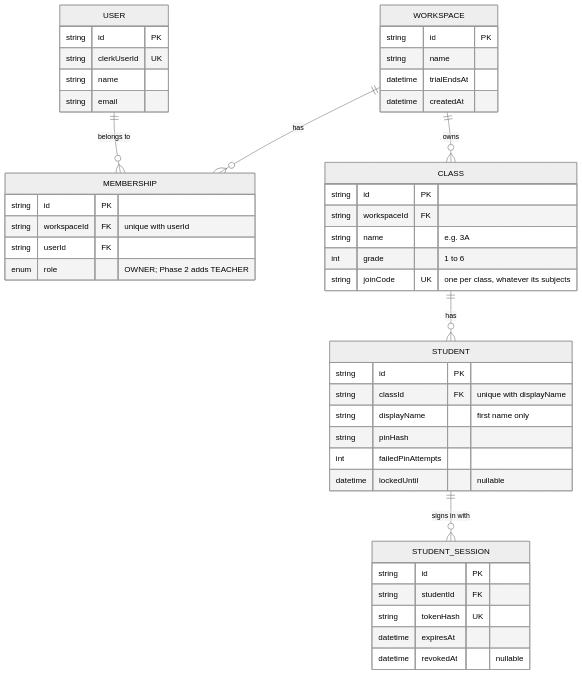
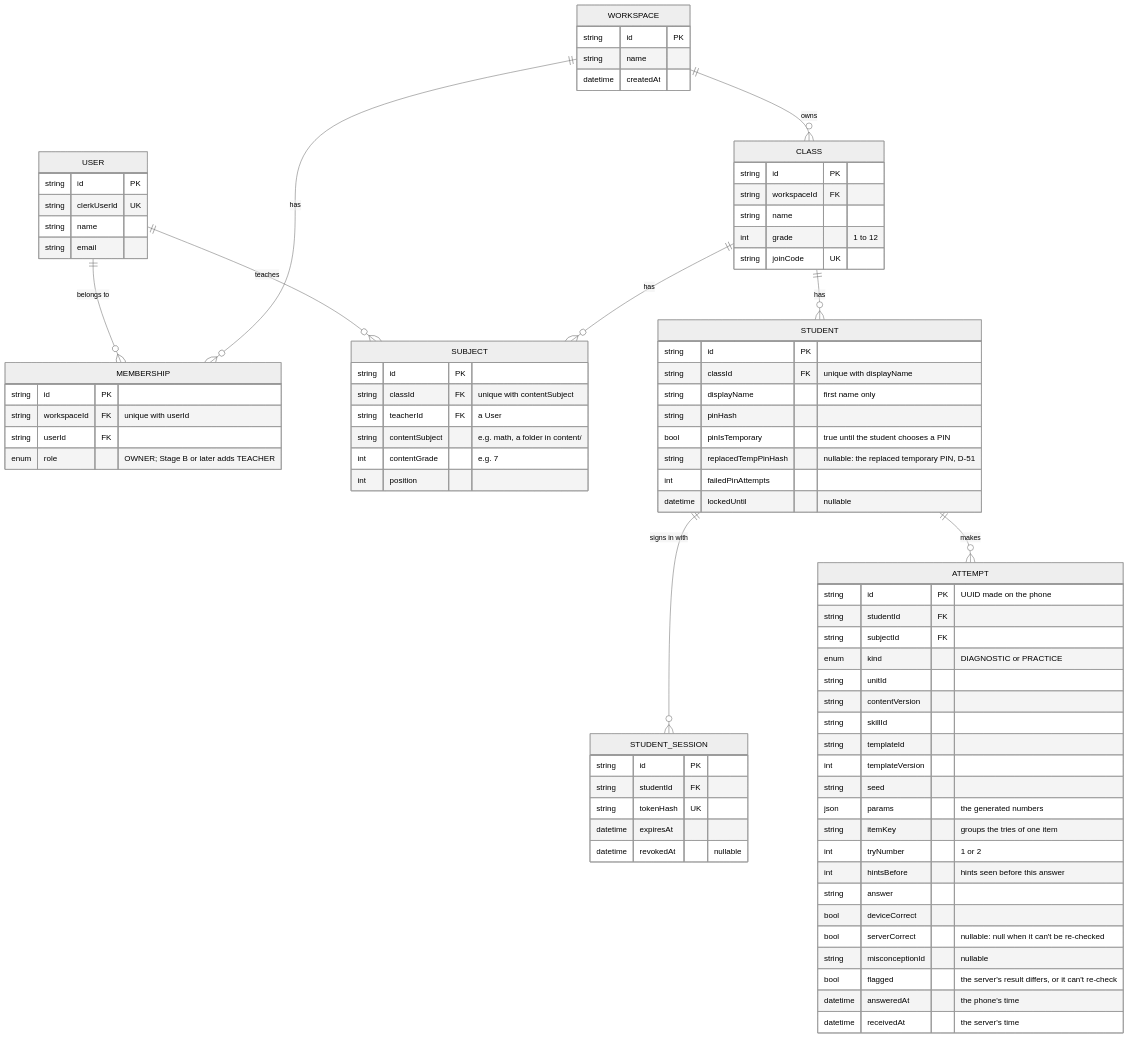
The second of 2 diagrams in docs/plan/02-architecture.md (Majed-RO/darsi), drawn with Mermaid (neutral theme) before and after one commit. The commit also changed other lines of this file and 9 other files, not shown here.

````diff
--- a/docs/plan/02-architecture.md
+++ b/docs/plan/02-architecture.md
@@ -121,8 +127,11 @@
   USER ||--o{ MEMBERSHIP : "belongs to"
   WORKSPACE ||--o{ MEMBERSHIP : has
   WORKSPACE ||--o{ "CLASS" : owns
+  USER ||--o{ SUBJECT : teaches
+  "CLASS" ||--o{ SUBJECT : has
   "CLASS" ||--o{ STUDENT : has
   STUDENT ||--o{ STUDENT_SESSION : "signs in with"
+  STUDENT ||--o{ ATTEMPT : makes
 
   USER {
     string id PK
@@ -133,27 +142,36 @@
   WORKSPACE {
     string id PK
     string name
-    datetime trialEndsAt
     datetime createdAt
   }
   MEMBERSHIP {
     string id PK
     string workspaceId FK "unique with userId"
     string userId FK
-    enum role "OWNER; Phase 2 adds TEACHER"
+    enum role "OWNER; Stage B or later adds TEACHER"
   }
   "CLASS" {
     string id PK
     string workspaceId FK
-    string name "e.g. 3A"
-    int grade "1 to 6"
-    string joinCode UK "one per class, whatever its subjects"
+    string name
+    int grade "1 to 12"
+    string joinCode UK
+  }
+  SUBJECT {
+    string id PK
+    string classId FK "unique with contentSubject"
+    string teacherId FK "a User"
+    string contentSubject "e.g. math, a folder in content/"
+    int contentGrade "e.g. 7"
+    int position
   }
   STUDENT {
     string id PK
     string classId FK "unique with displayName"
     string displayName "first name only"
     string pinHash
+    bool pinIsTemporary "true until the student chooses a PIN"
+    string replacedTempPinHash "nullable: the replaced temporary PIN, D-51"
     int failedPinAttempts
     datetime lockedUntil "nullable"
   }
@@ -164,4 +182,27 @@
     datetime expiresAt
     datetime revokedAt "nullable"
   }
+  ATTEMPT {
+    string id PK "UUID made on the phone"
+    string studentId FK
+    string subjectId FK
+    enum kind "DIAGNOSTIC or PRACTICE"
+    string unitId
+    string contentVersion
+    string skillId
+    string templateId
+    int templateVersion
+    string seed
+    json params "the generated numbers"
+    string itemKey "groups the tries of one item"
+    int tryNumber "1 or 2"
+    int hintsBefore "hints seen before this answer"
+    string answer
+    bool deviceCorrect
+    bool serverCorrect "nullable: null when it can't be re-checked"
+    string misconceptionId "nullable"
+    bool flagged "the server's result differs, or it can't re-check"
+    datetime answeredAt "the phone's time"
+    datetime receivedAt "the server's time"
+  }
 ```
````
